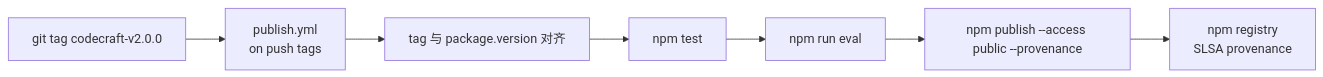
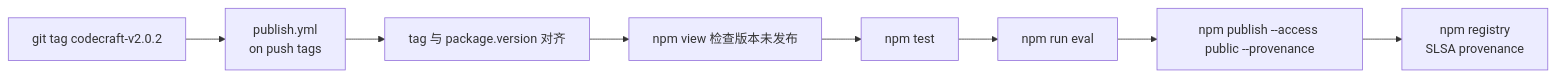
One commit to FlyForkFork/ForkYou changed the fifth of 5 diagrams in 06-web/ultime-space-skills/02-architecture.md. Above: the diagram before and after it, drawn with Mermaid. The commit also changed other lines of this file and 13 other files, not shown here.

````diff
--- a/06-web/ultime-space-skills/02-architecture.md
+++ b/06-web/ultime-space-skills/02-architecture.md
@@ -117,9 +119,10 @@
 ```mermaid
 flowchart LR
-  Tag[git tag codecraft-v2.0.0] --> Trigger[publish.yml<br/>on push tags]
+  Tag[git tag codecraft-v2.0.2] --> Trigger[publish.yml<br/>on push tags]
   Trigger --> Chk[tag 与 package.version 对齐]
-  Chk --> Test[npm test]
+  Chk --> Dup[npm view 检查版本未发布]
+  Dup --> Test[npm test]
   Test --> Eval[npm run eval]
   Eval --> Pub[npm publish --access public --provenance]
   Pub --> Reg[npm registry<br/>SLSA provenance]
 ```
````
